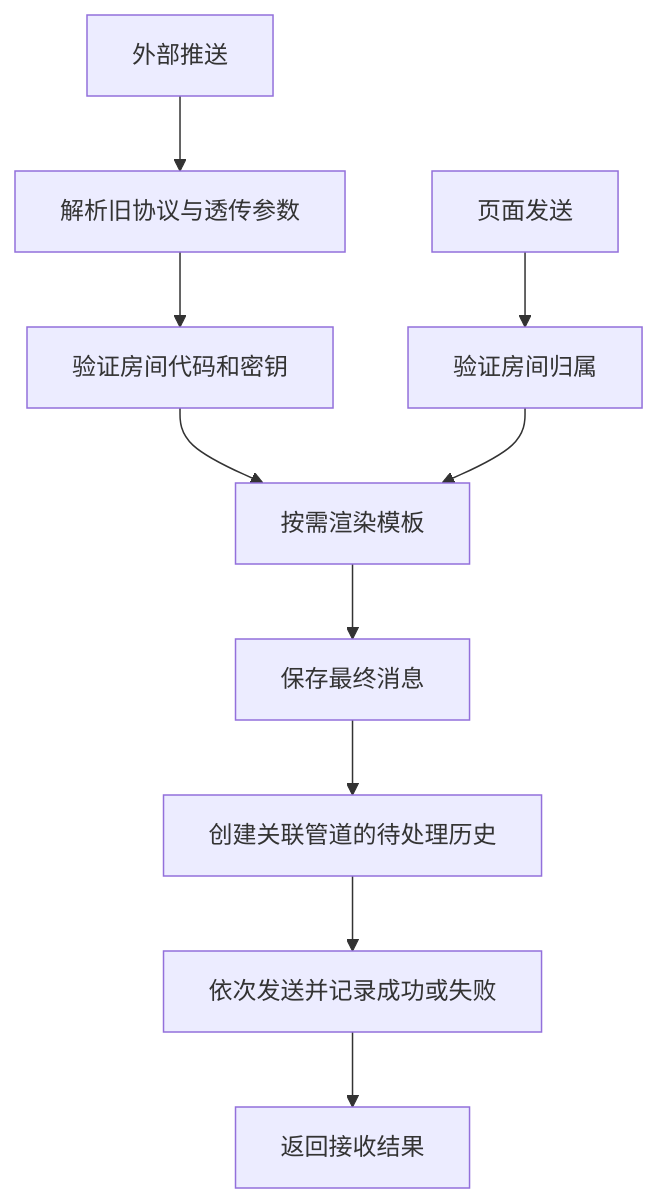
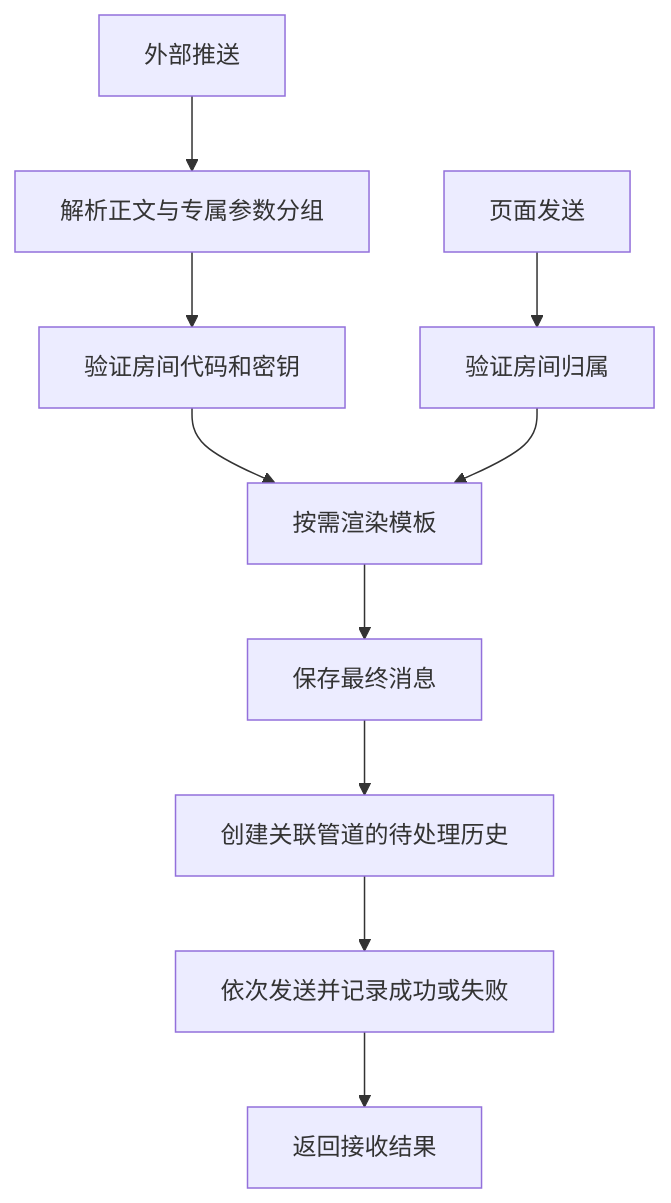
Before and after one commit to kentxxq/pusher: the diagram in docs/design/message-delivery.md, drawn with Mermaid. The commit also changed other lines of this file and 44 other files, not shown here.

````diff
--- a/docs/design/message-delivery.md
+++ b/docs/design/message-delivery.md
@@ -82,12 +119,12 @@
 ```mermaid
 flowchart TD
-    External[外部推送] --> Parse[解析旧协议与透传参数]
+    External[外部推送] --> Parse[解析正文与专属参数分组]
     Parse --> Key[验证房间代码和密钥]
     Page[页面发送] --> Owner[验证房间归属]
     Key --> Render[按需渲染模板]
     Owner --> Render
     Render --> Message[保存最终消息]
     Message --> History[创建关联管道的待处理历史]
     History --> Send[依次发送并记录成功或失败]
     Send --> Done[返回接收结果]
 ```
````
